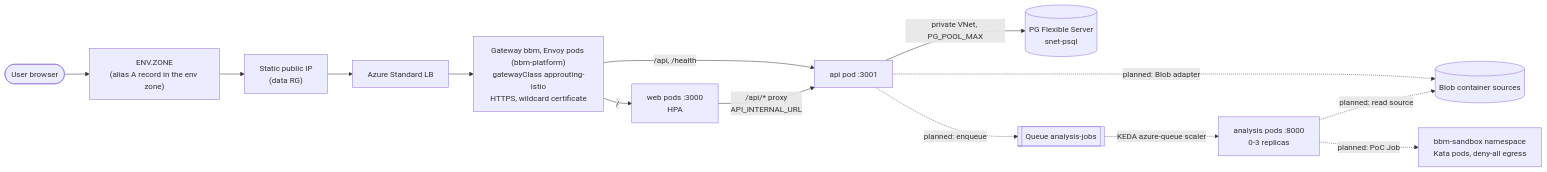
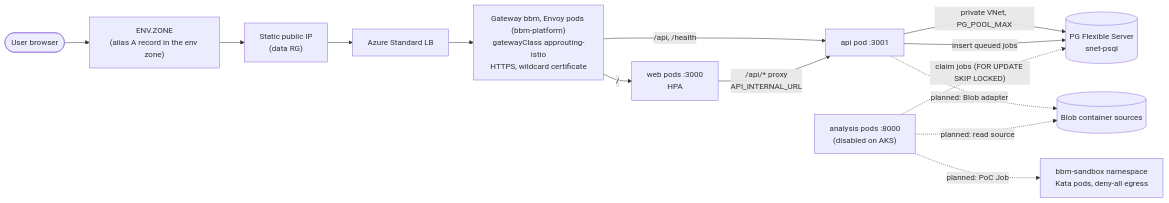
Before and after one commit to cse416-fa26-sixseven/bug-bounty-marketplace: the second of 4 diagrams in docs/devops/architecture.md, drawn with Mermaid. The commit also changed other lines of this file and 2 other files, not shown here.

First line of the commit message:
docs: correct analysis job path and LLM key notes (review)

````diff
--- a/docs/devops/architecture.md
+++ b/docs/devops/architecture.md
@@ -154,16 +154,16 @@
 ```mermaid
 flowchart LR
     U(["User browser"]) --> DNS["ENV.ZONE<br/>(alias A record in the env zone)"]
     DNS --> PIP["Static public IP<br/>(data RG)"]
     PIP --> LB["Azure Standard LB"]
     LB --> NGX["Gateway bbm, Envoy pods (bbm-platform)<br/>gatewayClass approuting-istio<br/>HTTPS, wildcard certificate"]
     NGX -- "/" --> WEB["web pods :3000<br/>HPA"]
     NGX -- "/api, /health" --> API["api pod :3001"]
     WEB -- "/api/* proxy<br/>API_INTERNAL_URL" --> API
     API -- "private VNet, PG_POOL_MAX" --> PG[("PG Flexible Server<br/>snet-psql")]
     API -. "planned: Blob adapter" .-> BLOB[("Blob container sources")]
-    API -. "planned: enqueue" .-> Q[["Queue analysis-jobs"]]
-    Q -. "KEDA azure-queue scaler" .-> AN["analysis pods :8000<br/>0-3 replicas"]
+    API -- "insert queued jobs" --> PG
+    AN["analysis pods :8000<br/>(disabled on AKS)"] -. "claim jobs (FOR UPDATE SKIP LOCKED)" .-> PG
     AN -. "planned: read source" .-> BLOB
     AN -. "planned: PoC Job" .-> SBX["bbm-sandbox namespace<br/>Kata pods, deny-all egress"]
 ```
````
